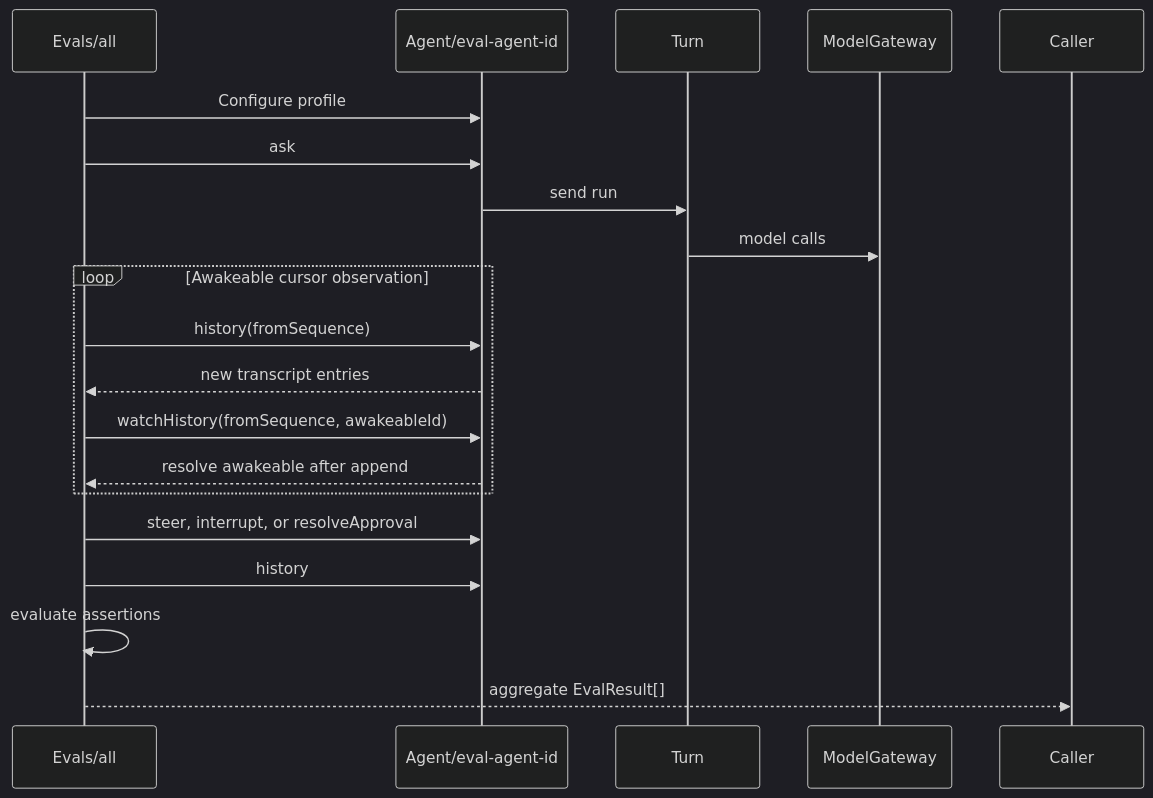
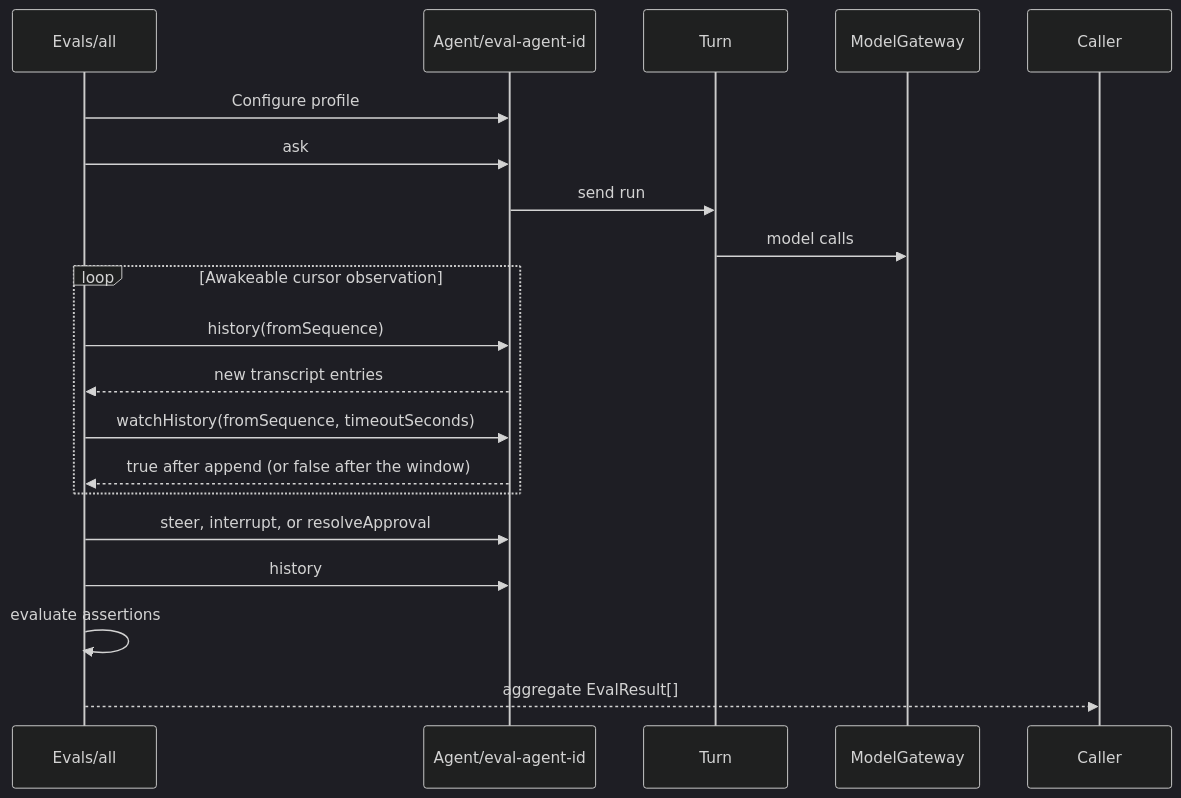
The diagram in packages/libs/example/EVALS.md (restatedev/agent), drawn with Mermaid (dark theme) before and after one commit. The commit also changed other lines of this file and 4 other files, not shown here.

````diff
--- a/packages/libs/example/EVALS.md
+++ b/packages/libs/example/EVALS.md
@@ -11,24 +11,24 @@
 ```mermaid
 sequenceDiagram
   participant E as Evals/all
   participant A as Agent/eval-agent-id
   participant T as Turn
   participant M as ModelGateway
 
   E->>A: Configure profile
   E->>A: ask
   A->>T: send run
   T->>M: model calls
 
   loop Awakeable cursor observation
     E->>A: history(fromSequence)
     A-->>E: new transcript entries
-    E->>A: watchHistory(fromSequence, awakeableId)
-    A-->>E: resolve awakeable after append
+    E->>A: watchHistory(fromSequence, timeoutSeconds)
+    A-->>E: true after append (or false after the window)
   end
 
   E->>A: steer, interrupt, or resolveApproval
   E->>A: history
   E->>E: evaluate assertions
   E-->>Caller: aggregate EvalResult[]
 ```
````
